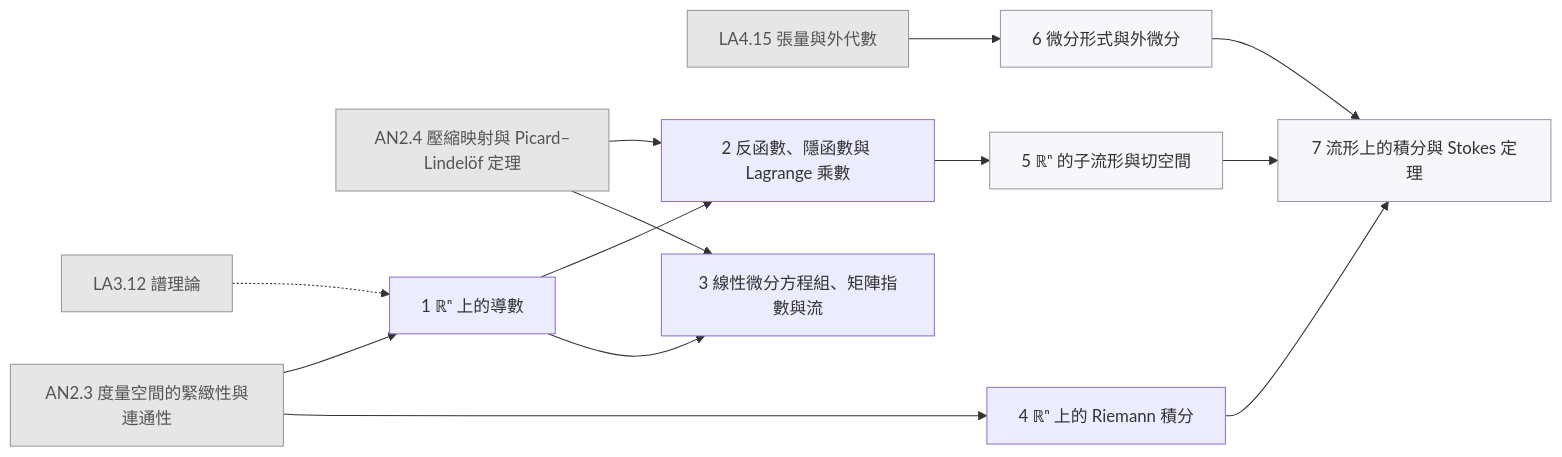
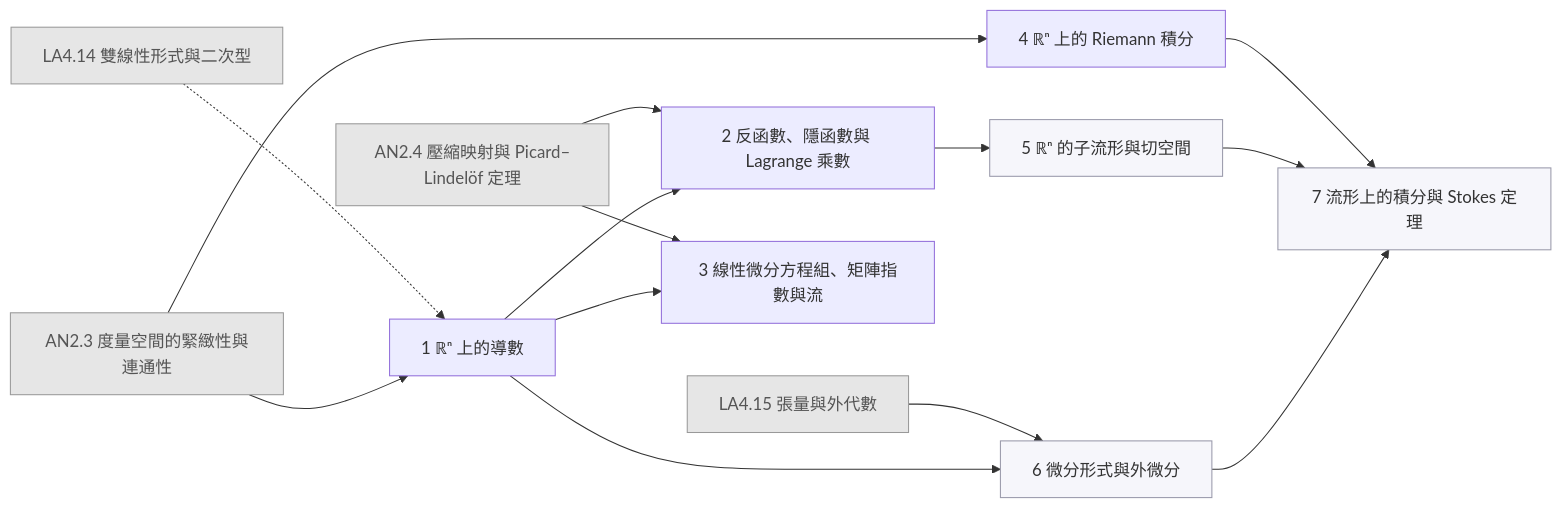
Before and after one commit to AkizumiFox/math-atlas: the diagram in generated/chapters/AN3.mmd, drawn with Mermaid. The commit also changed 7 other files, not shown here.

```diff
--- a/generated/chapters/AN3.mmd
+++ b/generated/chapters/AN3.mmd
@@ -1,27 +1,28 @@
 flowchart LR
-  LA3_12["LA3.12 譜理論"]:::ext
+  LA4_14["LA4.14 雙線性形式與二次型"]:::ext
   LA4_15["LA4.15 張量與外代數"]:::ext
   AN2_3["AN2.3 度量空間的緊緻性與連通性"]:::ext
   AN2_4["AN2.4 壓縮映射與 Picard–Lindelöf 定理"]:::ext
   AN3_1["1 ℝⁿ 上的導數"]
   AN3_2["2 反函數、隱函數與 Lagrange 乘數"]
   AN3_3["3 線性微分方程組、矩陣指數與流"]
   AN3_4["4 ℝⁿ 上的 Riemann 積分"]
   AN3_5["5 ℝⁿ 的子流形與切空間"]:::segb
   AN3_6["6 微分形式與外微分"]:::segb
   AN3_7["7 流形上的積分與 Stokes 定理"]:::segb
-  LA3_12 -.-> AN3_1
+  LA4_14 -.-> AN3_1
   AN2_3 --> AN3_1
   AN2_4 --> AN3_2
   AN3_1 --> AN3_2
   AN2_4 --> AN3_3
   AN3_1 --> AN3_3
   AN2_3 --> AN3_4
   AN3_2 --> AN3_5
   LA4_15 --> AN3_6
+  AN3_1 --> AN3_6
   AN3_4 --> AN3_7
   AN3_5 --> AN3_7
   AN3_6 --> AN3_7
   classDef ext fill:#e6e6e6,stroke:#999,color:#555
   classDef opt fill:#fff,stroke:#999,stroke-dasharray:4 3,color:#555
   classDef segb fill:#f6f6fb,stroke:#99a,color:#333
```
